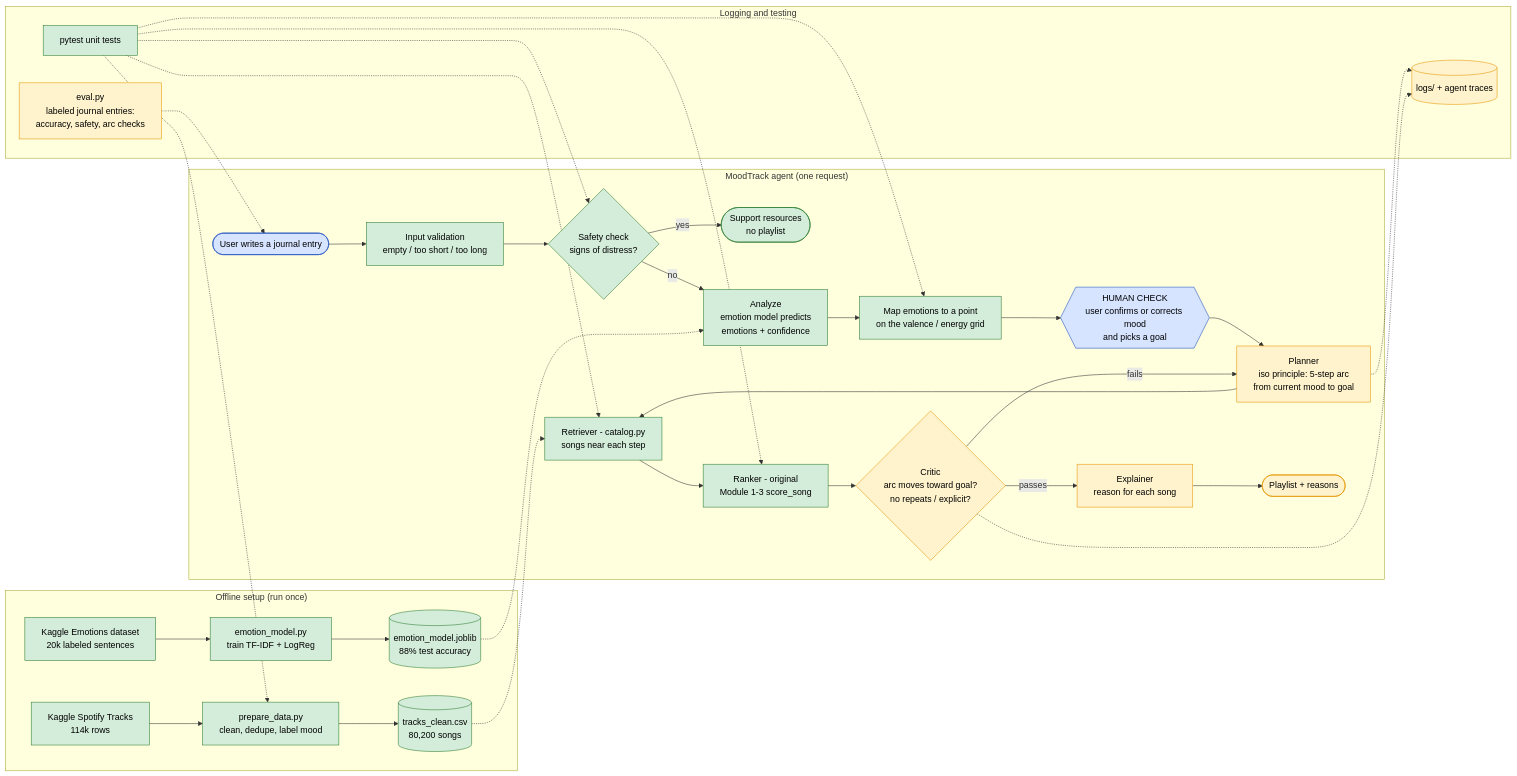
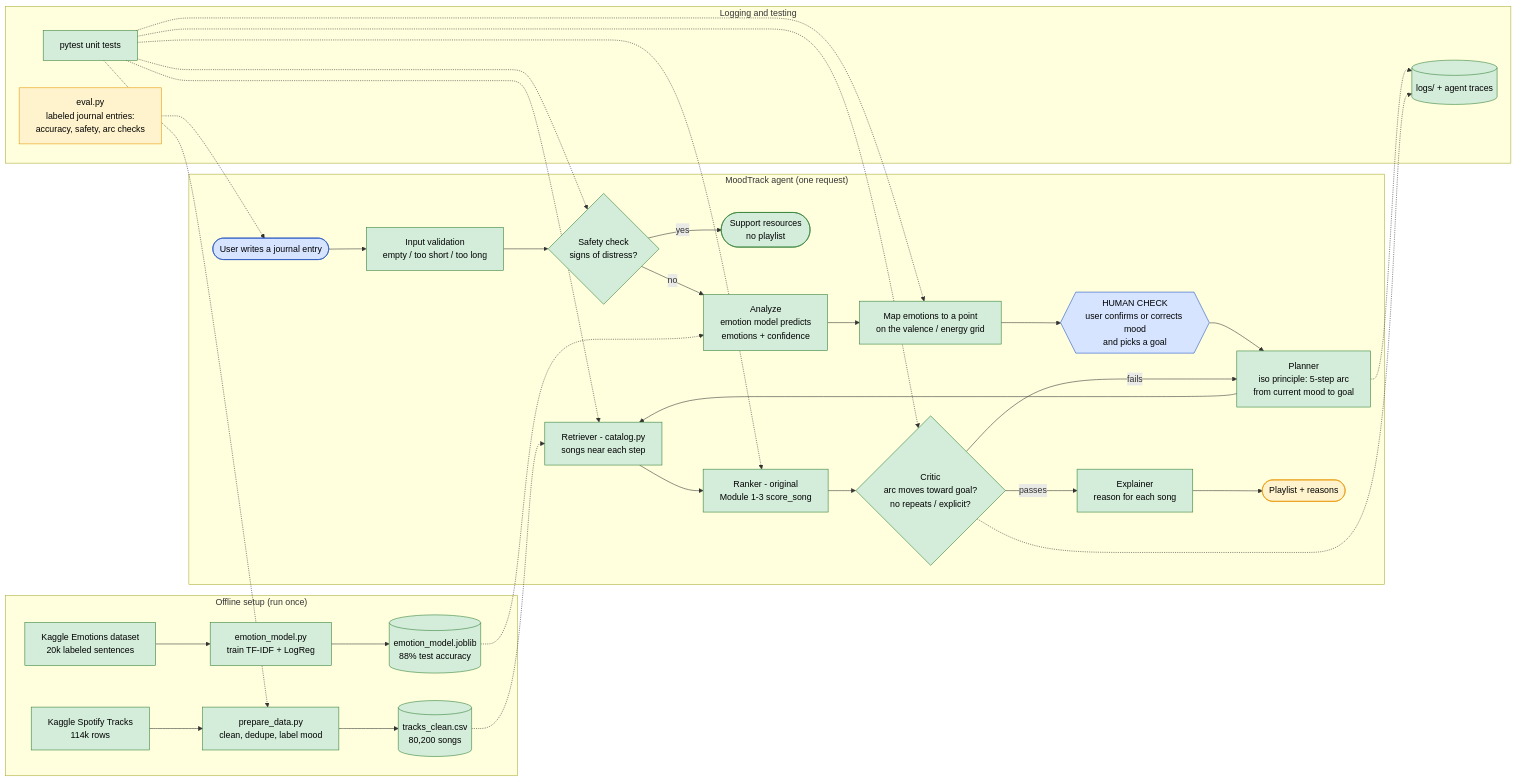
One commit to shrutimalsina/applied-ai-system-project-moodtrack changed the diagram in diagrams/architecture.mmd. Above: the diagram before and after it, drawn with Mermaid. The commit also changed 3 other files, not shown here.

```diff
--- a/diagrams/architecture.mmd
+++ b/diagrams/architecture.mmd
@@ -1,55 +1,56 @@
 %% MoodTrack system architecture (DRAFT - will be updated to match the final code)
 %% Green = built, Orange = planned
 %% Preview: paste into https://mermaid.live
 
 flowchart LR
     %% ---------- Offline: data + model preparation ----------
     subgraph PREP["Offline setup (run once)"]
         RAW["Kaggle Spotify Tracks<br/>114k rows"] --> CLEAN["prepare_data.py<br/>clean, dedupe, label mood"]
         CLEAN --> CAT[("tracks_clean.csv<br/>80,200 songs")]
         EMO_DATA["Kaggle Emotions dataset<br/>20k labeled sentences"] --> TRAIN["emotion_model.py<br/>train TF-IDF + LogReg"]
         TRAIN --> MODEL[("emotion_model.joblib<br/>88% test accuracy")]
     end
 
     %% ---------- Runtime: one user request ----------
     subgraph RUN["MoodTrack agent (one request)"]
         USER(["User writes a journal entry"]) --> VALID["Input validation<br/>empty / too short / too long"]
         VALID --> SAFETY{"Safety check<br/>signs of distress?"}
         SAFETY -- yes --> HELP(["Support resources<br/>no playlist"])
         SAFETY -- no --> ANALYZE["Analyze<br/>emotion model predicts<br/>emotions + confidence"]
         MODEL -.-> ANALYZE
         ANALYZE --> MAP["Map emotions to a point<br/>on the valence / energy grid"]
         MAP --> CLARIFY{{"HUMAN CHECK<br/>user confirms or corrects mood<br/>and picks a goal"}}
         CLARIFY --> PLAN["Planner<br/>iso principle: 5-step arc<br/>from current mood to goal"]
         PLAN --> RETRIEVE["Retriever - catalog.py<br/>songs near each step"]
         CAT -.-> RETRIEVE
         RETRIEVE --> RANK["Ranker - original<br/>Module 1-3 score_song"]
         RANK --> CRITIC{"Critic<br/>arc moves toward goal?<br/>no repeats / explicit?"}
         CRITIC -- fails --> PLAN
         CRITIC -- passes --> EXPLAIN["Explainer<br/>reason for each song"]
         EXPLAIN --> OUT(["Playlist + reasons"])
     end
 
     %% ---------- Logging and testing ----------
     subgraph CHECK["Logging and testing"]
         LOGS[("logs/ + agent traces")]
         TESTS["pytest unit tests"]
         EVAL["eval.py<br/>labeled journal entries:<br/>accuracy, safety, arc checks"]
     end
 
     PLAN -.-> LOGS
     CRITIC -.-> LOGS
     TESTS -.-> CLEAN
     TESTS -.-> RETRIEVE
     TESTS -.-> RANK
     TESTS -.-> SAFETY
     TESTS -.-> MAP
+    TESTS -.-> CRITIC
     EVAL -.-> USER
 
     classDef built fill:#d4edda,stroke:#2e7d32,color:#000
     classDef planned fill:#fff3cd,stroke:#e69500,color:#000
     classDef human fill:#d6e4ff,stroke:#1f4fbf,color:#000
 
-    class RAW,CLEAN,CAT,EMO_DATA,TRAIN,MODEL,RETRIEVE,RANK,TESTS,VALID,SAFETY,HELP,ANALYZE,MAP built
-    class PLAN,CRITIC,EXPLAIN,OUT,LOGS,EVAL planned
+    class RAW,CLEAN,CAT,EMO_DATA,TRAIN,MODEL,RETRIEVE,RANK,TESTS,VALID,SAFETY,HELP,ANALYZE,MAP,PLAN,CRITIC,EXPLAIN,LOGS built
+    class OUT,EVAL planned
     class USER,CLARIFY human
```
